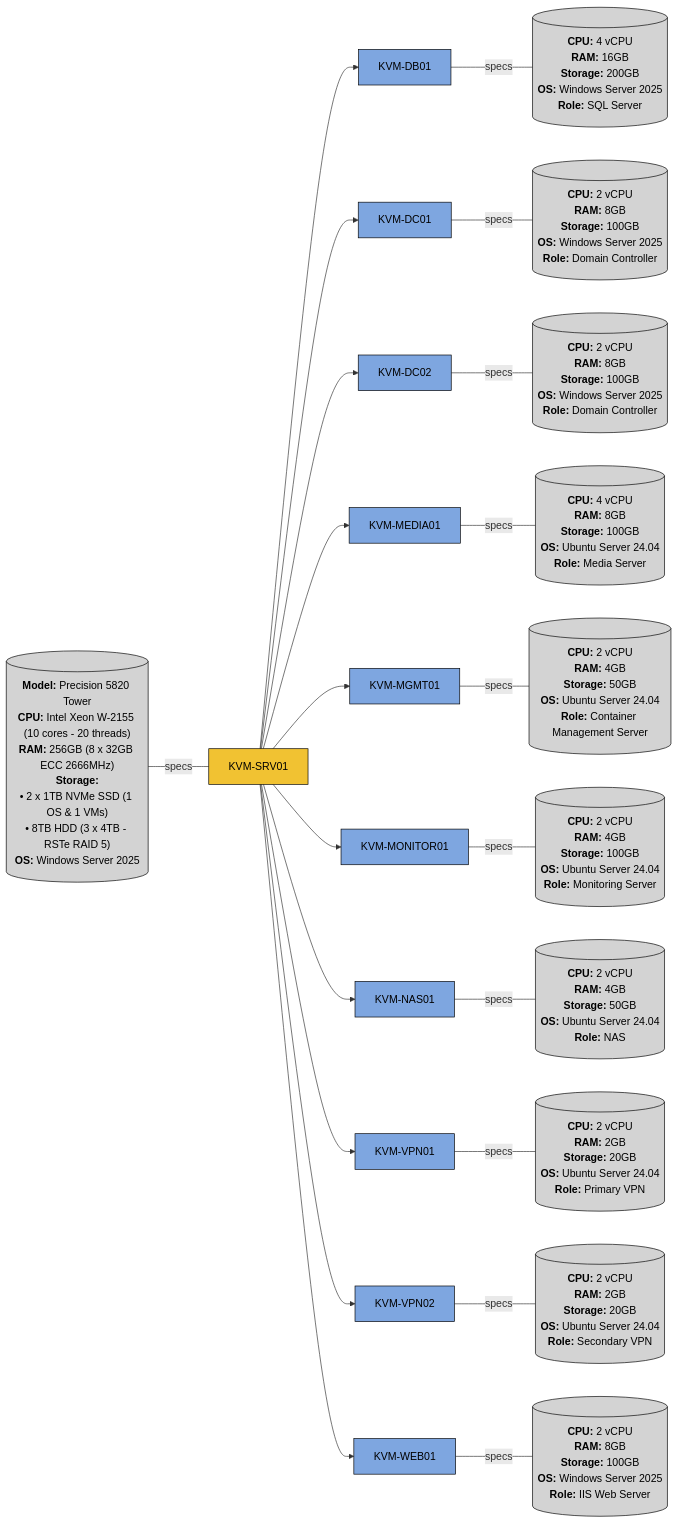
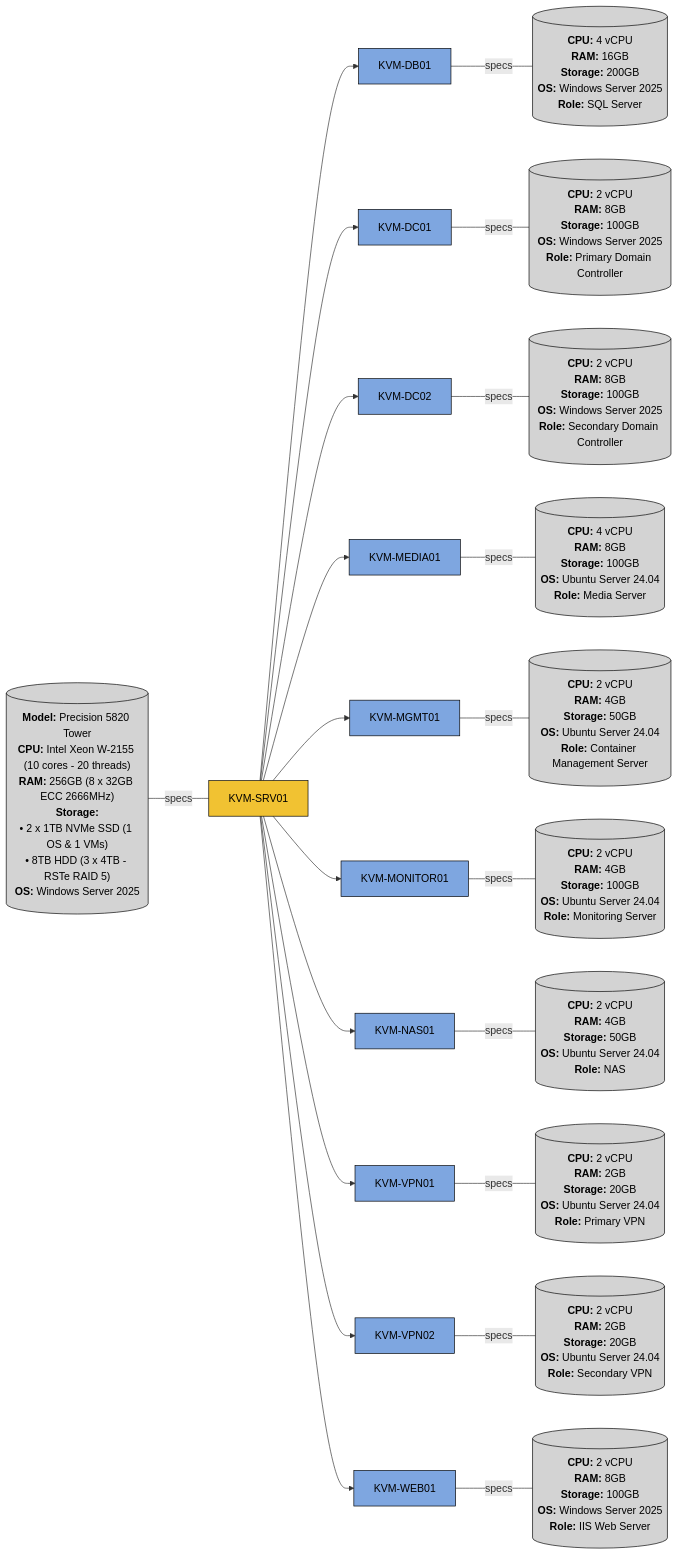
The diagram in README.md (khangvum/homelab-ansible-config), drawn with Mermaid before and after one commit.

Commit message:
chore: added primary and secondary roles to the two domain controllers

````diff
--- a/README.md
+++ b/README.md
@@ -14,73 +14,73 @@
 ```mermaid
 flowchart LR
   %% 1. KVM-SRV01
   %% - Host
   SRV01_SPECS[("`**Model:** Precision 5820 Tower
                 **CPU:** Intel Xeon W-2155 (10 cores - 20 threads)
                 **RAM:** 256GB (8 x 32GB ECC 2666MHz)
                 **Storage:**
                 • 2 x 1TB NVMe SSD (1 OS & 1 VMs)
                 • 8TB HDD (3 x 4TB - RSTe RAID 5)
                 **OS:** Windows Server 2025`")] -- specs --- SRV01[KVM-SRV01]
 
   %% - VMs
   SRV01 --> DB01[KVM-DB01] -- specs --- DB01_SPECS[("`**CPU:** 4 vCPU
                                                       **RAM:** 16GB
                                                       **Storage:** 200GB
                                                       **OS:** Windows Server 2025
                                                       **Role:** SQL Server`")]
   SRV01 --> DC01[KVM-DC01] -- specs --- DC01_SPECS[("`**CPU:** 2 vCPU
                                                       **RAM:** 8GB
                                                       **Storage:** 100GB
                                                       **OS:** Windows Server 2025
-                                                      **Role:** Domain Controller`")]
+                                                      **Role:** Primary Domain Controller`")]
   SRV01 --> DC02[KVM-DC02] -- specs --- DC02_SPECS[("`**CPU:** 2 vCPU
                                                       **RAM:** 8GB
                                                       **Storage:** 100GB
                                                       **OS:** Windows Server 2025
-                                                      **Role:** Domain Controller`")]
+                                                      **Role:** Secondary Domain Controller`")]
   SRV01 --> MEDIA01[KVM-MEDIA01] -- specs --- MEDIA01_SPECS[("`**CPU:** 4 vCPU
                                                             **RAM:** 8GB
                                                             **Storage:** 100GB
                                                             **OS:** Ubuntu Server 24.04
                                                             **Role:** Media Server`")]
   SRV01 --> MGMT01[KVM-MGMT01] -- specs --- MGMT01_SPECS[("`**CPU:** 2 vCPU
                                                             **RAM:** 4GB
                                                             **Storage:** 50GB
                                                             **OS:** Ubuntu Server 24.04
                                                             **Role:** Container Management Server`")]
   SRV01 --> MONITOR01[KVM-MONITOR01] -- specs --- MONITOR01_SPECS[("`**CPU:** 2 vCPU
                                                                     **RAM:** 4GB
                                                                     **Storage:** 100GB
                                                                     **OS:** Ubuntu Server 24.04
                                                                     **Role:** Monitoring Server`")]
   SRV01 --> NAS01[KVM-NAS01] -- specs --- NAS01_SPECS[("`**CPU:** 2 vCPU
                                                         **RAM:** 4GB
                                                         **Storage:** 50GB
                                                         **OS:** Ubuntu Server 24.04
                                                         **Role:** NAS`")]
   SRV01 --> VPN01[KVM-VPN01] -- specs --- VPN01_SPECS[("`**CPU:** 2 vCPU
                                                         **RAM:** 2GB
                                                         **Storage:** 20GB
                                                         **OS:** Ubuntu Server 24.04
                                                         **Role:** Primary VPN`")]
   SRV01 --> VPN02[KVM-VPN02] -- specs --- VPN02_SPECS[("`**CPU:** 2 vCPU
                                                         **RAM:** 2GB
                                                         **Storage:** 20GB
                                                         **OS:** Ubuntu Server 24.04
                                                         **Role:** Secondary VPN`")]
   SRV01 --> WEB01[KVM-WEB01] -- specs --- WEB01_SPECS[("`**CPU:** 2 vCPU
                                                         **RAM:** 8GB
                                                         **Storage:** 100GB
                                                         **OS:** Windows Server 2025
                                                         **Role:** IIS Web Server`")]
   
 
   %% Styling
   class SRV01 hosts
   classDef hosts fill:#f1c232,stroke:#000,color:#000
   class DB01,DC01,DC02,MEDIA01,MGMT01,MONITOR01,NAS01,VPN01,VPN02,WEB01,WRK01,WRK02,WRK03,WRK04 vms
   classDef vms fill:#7ea6e0,stroke:#000,color:#000
   class SRV01_SPECS,DB01_SPECS,DC01_SPECS,DC02_SPECS,MEDIA01_SPECS,MGMT01_SPECS,MONITOR01_SPECS,NAS01_SPECS,VPN01_SPECS,VPN02_SPECS,WEB01_SPECS,WRK01_SPECS,WRK02_SPECS,WRK03_SPECS,WRK04_SPECS specs
   classDef specs fill:#d3d3d3,stroke:#000,color:#000
 ```
````
